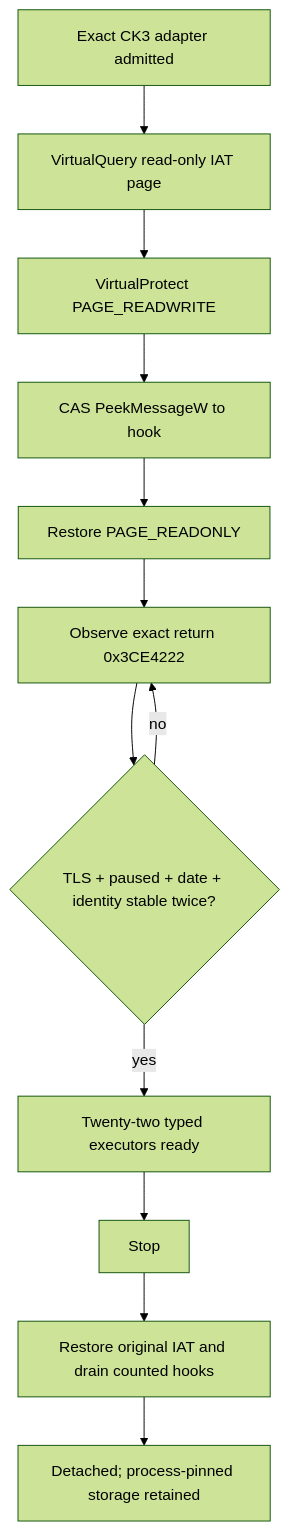
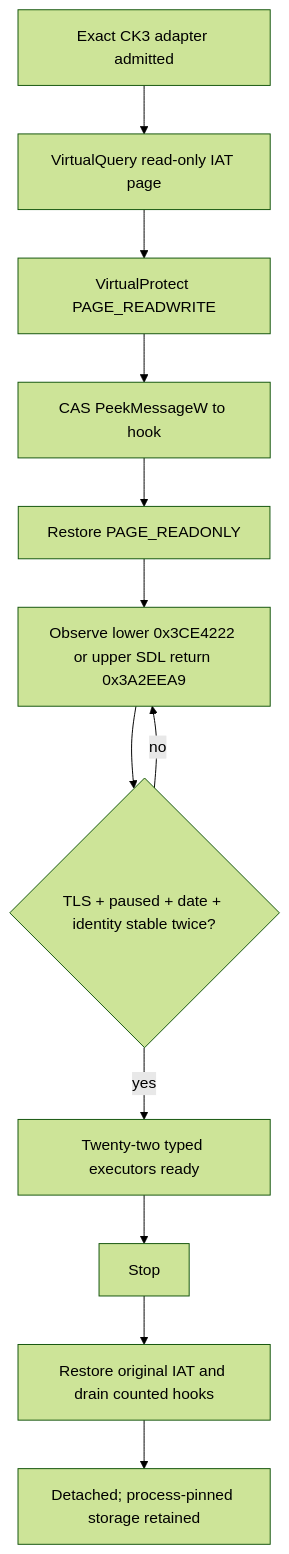
One commit to XenoAmess/ck3_eternal_recurrence changed the first of 3 diagrams in docs/ck3-native-ai/main-thread-query-mailbox.md. Above: the diagram before and after it, drawn with Mermaid (forest theme). The commit also changed other lines of this file and 9 other files, not shown here.

````diff
--- a/docs/ck3-native-ai/main-thread-query-mailbox.md
+++ b/docs/ck3-native-ai/main-thread-query-mailbox.md
@@ -125,14 +144,14 @@
 ```mermaid
 flowchart TD
     A[Exact CK3 adapter admitted] --> B[VirtualQuery read-only IAT page]
     B --> C[VirtualProtect PAGE_READWRITE]
     C --> D[CAS PeekMessageW to hook]
     D --> E[Restore PAGE_READONLY]
-    E --> F[Observe exact return 0x3CE4222]
+    E --> F[Observe lower 0x3CE4222 or upper SDL return 0x3A2EEA9]
     F --> G{TLS + paused + date + identity stable twice?}
     G -- no --> F
     G -- yes --> H[Twenty-two typed executors ready]
     H --> I[Stop]
     I --> J[Restore original IAT and drain counted hooks]
     J --> K[Detached; process-pinned storage retained]
 ```
````
